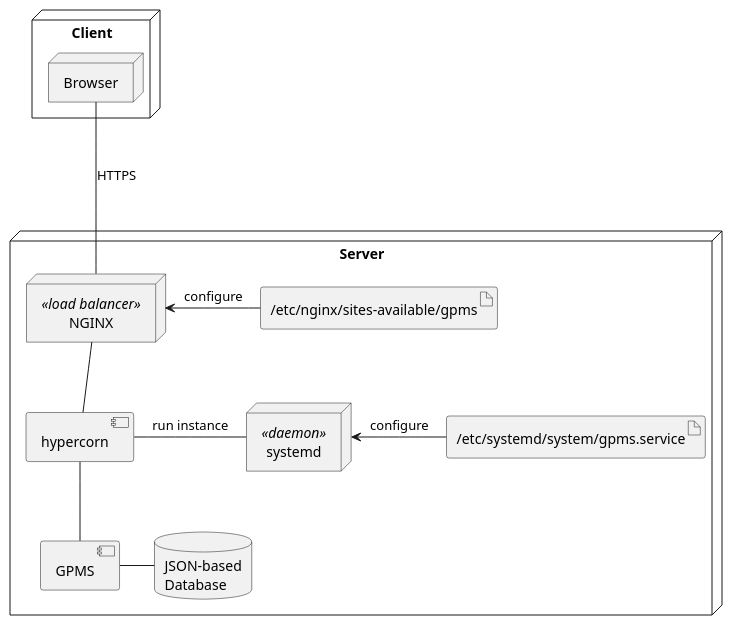
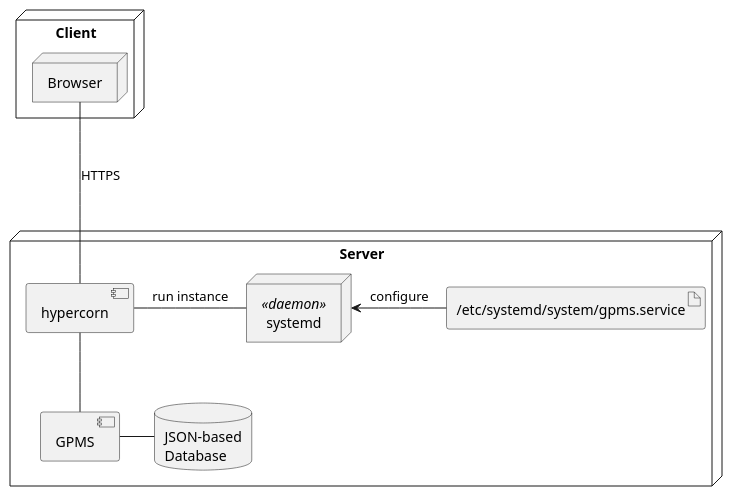
Before and after one commit to Huy-Ngo/acanban: the diagram in docs/deploy.puml, drawn with PlantUML.

Commit message:
Simplify diagram by removing NGINX

```diff
--- a/docs/deploy.puml
+++ b/docs/deploy.puml
@@ -1,22 +1,19 @@
 @startuml
 node Client {
 	node Browser
 }
+
 node Server {
-	node NGINX as nginx <<load balancer>>
 	database "JSON-based\nDatabase" as db
 	artifact "/etc/systemd/system/gpms.service" as systemd_conf
-	artifact "/etc/nginx/sites-available/gpms" as nginx_conf
 	component GPMS as gpms
 	component hypercorn
 	node systemd <<daemon>>
 }
 
-Browser --- nginx: HTTPS
-nginx -- hypercorn
-nginx <- nginx_conf: configure
+Browser --- hypercorn: HTTPS
 hypercorn - systemd: run instance
 systemd <- systemd_conf: configure
 hypercorn -- gpms
 gpms - db
 @enduml
```
